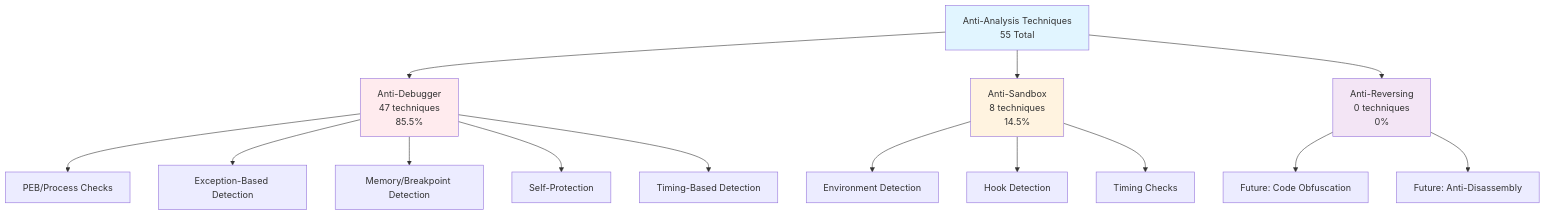
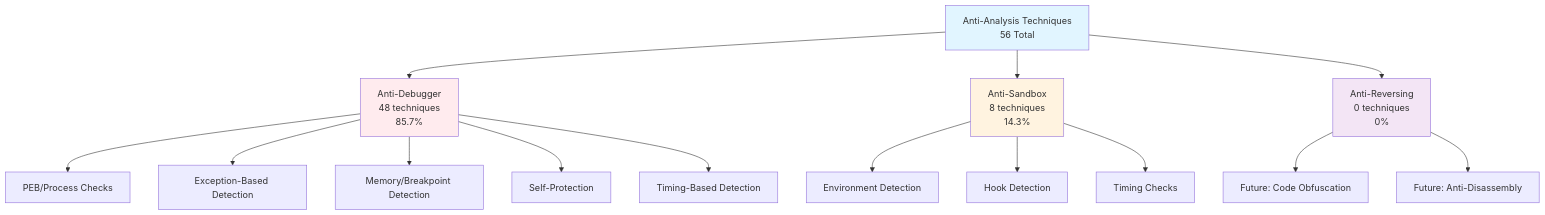
One commit to mabj/anti changed the first of 8 diagrams in docs/diagrams/taxonomy.md. Above: the diagram before and after it, drawn with Mermaid. The commit also changed other lines of this file and 7 other files, not shown here.

Commit message:
Adding new anti-debugger technique AD048 and updating documentation.

````diff
--- a/docs/diagrams/taxonomy.md
+++ b/docs/diagrams/taxonomy.md
@@ -7,24 +7,24 @@
 ```mermaid
 graph TB
-    A[Anti-Analysis Techniques<br/>55 Total] --> B[Anti-Debugger<br/>47 techniques<br/>85.5%]
-    A --> C[Anti-Sandbox<br/>8 techniques<br/>14.5%]
+    A[Anti-Analysis Techniques<br/>56 Total] --> B[Anti-Debugger<br/>48 techniques<br/>85.7%]
+    A --> C[Anti-Sandbox<br/>8 techniques<br/>14.3%]
     A --> D[Anti-Reversing<br/>0 techniques<br/>0%]
 
     B --> B1[PEB/Process Checks]
     B --> B2[Exception-Based Detection]
     B --> B3[Memory/Breakpoint Detection]
     B --> B4[Self-Protection]
     B --> B5[Timing-Based Detection]
 
     C --> C1[Environment Detection]
     C --> C2[Hook Detection]
     C --> C3[Timing Checks]
 
     D --> D1[Future: Code Obfuscation]
     D --> D2[Future: Anti-Disassembly]
 
     style A fill:#e1f5ff
     style B fill:#ffebee
     style C fill:#fff3e0
     style D fill:#f3e5f5
 ```
````
